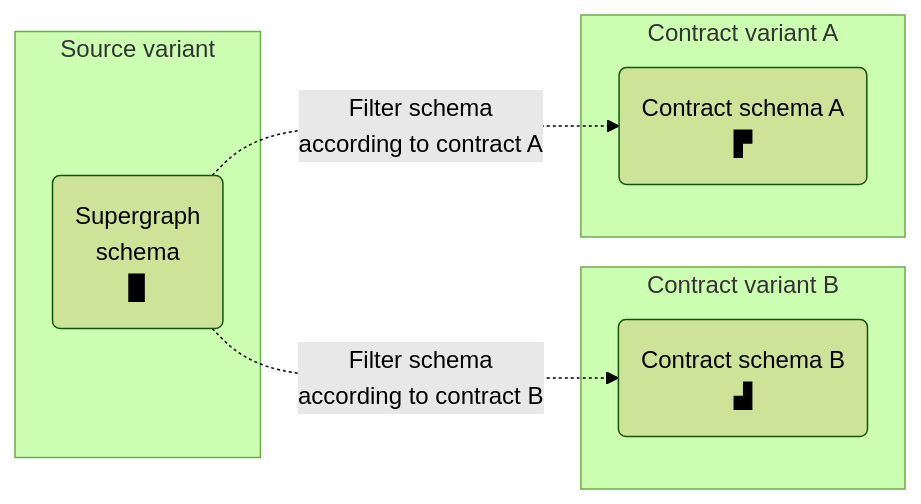
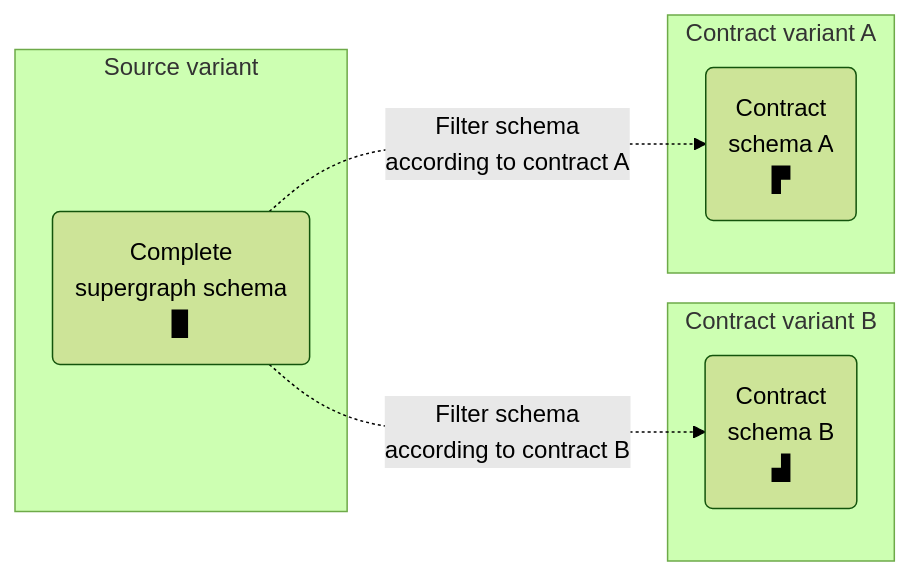
The second of 3 diagrams in src/content/graphos/delivery/contracts.mdx (apollographql/docs), drawn with Mermaid (forest theme) before and after one commit. The commit also changed other lines of this file and 3 other files, not shown here.

````diff
--- a/src/content/graphos/delivery/contracts.mdx
+++ b/src/content/graphos/delivery/contracts.mdx
@@ -42,14 +41,14 @@
 ```mermaid
 graph LR;
   subgraph "Source variant";
-  api("Supergraph<br/>schema<br/>▉");
+  api("Complete<br/>supergraph schema<br/>▉");
   end
   subgraph "Contract variant B"
-  contractB("Contract schema B<br/>▟")
+  contractB("Contract <br/>schema B<br/>▟")
   end
   subgraph "Contract variant A"
-  contractA("Contract schema A<br/>▛");
+  contractA("Contract <br/>schema A<br/>▛");
   end
   api -."Filter schema<br/>according to contract A".->contractA
   api -."Filter schema<br/>according to contract B".->contractB
 ```
````
